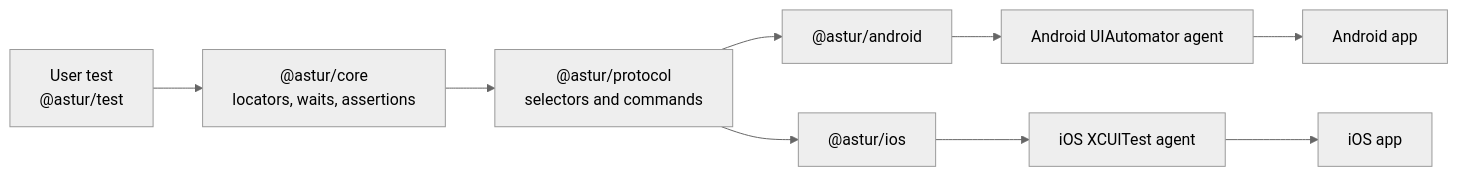
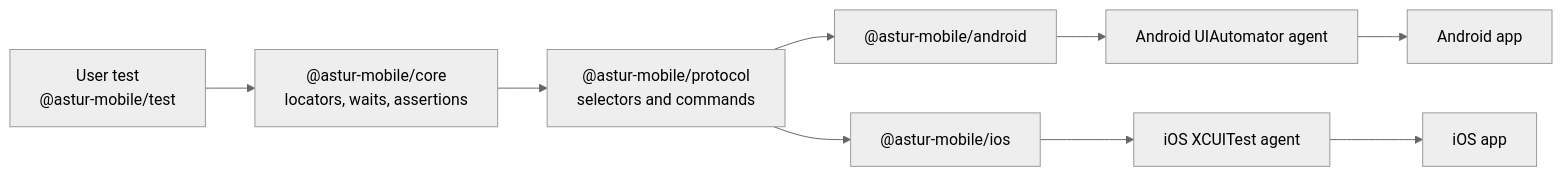
Before and after one commit to Astur-mobile/Astur: the first of 4 diagrams in docs/architecture.md, drawn with Mermaid (neutral theme). The commit also changed other lines of this file and 67 other files, not shown here.

First line of the commit message:
release: rename npm scope @astur -> @astur-mobile

````diff
--- a/docs/architecture.md
+++ b/docs/architecture.md
@@ -5,11 +5,11 @@
 ```mermaid
 flowchart LR
-  Test["User test<br/>@astur/test"] --> Core["@astur/core<br/>locators, waits, assertions"]
-  Core --> Protocol["@astur/protocol<br/>selectors and commands"]
-  Protocol --> Android["@astur/android"]
-  Protocol --> IOS["@astur/ios"]
+  Test["User test<br/>@astur-mobile/test"] --> Core["@astur-mobile/core<br/>locators, waits, assertions"]
+  Core --> Protocol["@astur-mobile/protocol<br/>selectors and commands"]
+  Protocol --> Android["@astur-mobile/android"]
+  Protocol --> IOS["@astur-mobile/ios"]
   Android --> AndroidAgent["Android UIAutomator agent"]
   IOS --> IOSAgent["iOS XCUITest agent"]
   AndroidAgent --> AndroidDevice["Android app"]
   IOSAgent --> IOSDevice["iOS app"]
 ```
````
